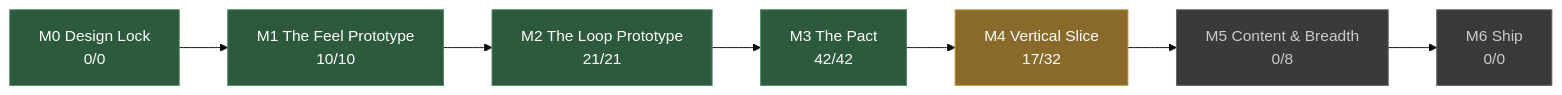
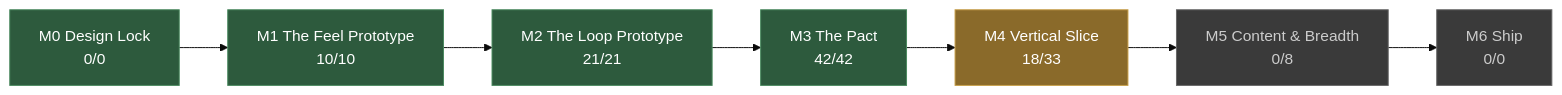
One commit to JoshuaGessner/she changed the diagram in docs/STATUS.md. Above: the diagram before and after it, drawn with Mermaid (base theme). The commit also changed other lines of this file and 9 other files, not shown here.

````diff
--- a/docs/STATUS.md
+++ b/docs/STATUS.md
@@ -13,19 +13,19 @@
 ```mermaid
 flowchart LR
   M0["M0 Design Lock<br/>0/0"]:::passed
   M1["M1 The Feel Prototype<br/>10/10"]:::passed
   M0 --> M1
   M2["M2 The Loop Prototype<br/>21/21"]:::passed
   M1 --> M2
   M3["M3 The Pact<br/>42/42"]:::passed
   M2 --> M3
-  M4["M4 Vertical Slice<br/>17/32"]:::current
+  M4["M4 Vertical Slice<br/>18/33"]:::current
   M3 --> M4
   M5["M5 Content & Breadth<br/>0/8"]:::ahead
   M4 --> M5
   M6["M6 Ship<br/>0/0"]:::ahead
   M5 --> M6
   classDef passed fill:#2d5a3d,stroke:#4a8a5f,color:#fff
   classDef current fill:#8a6a2a,stroke:#c8a04a,color:#fff
   classDef ahead fill:#3a3a3a,stroke:#666,color:#ccc
 ```
````
